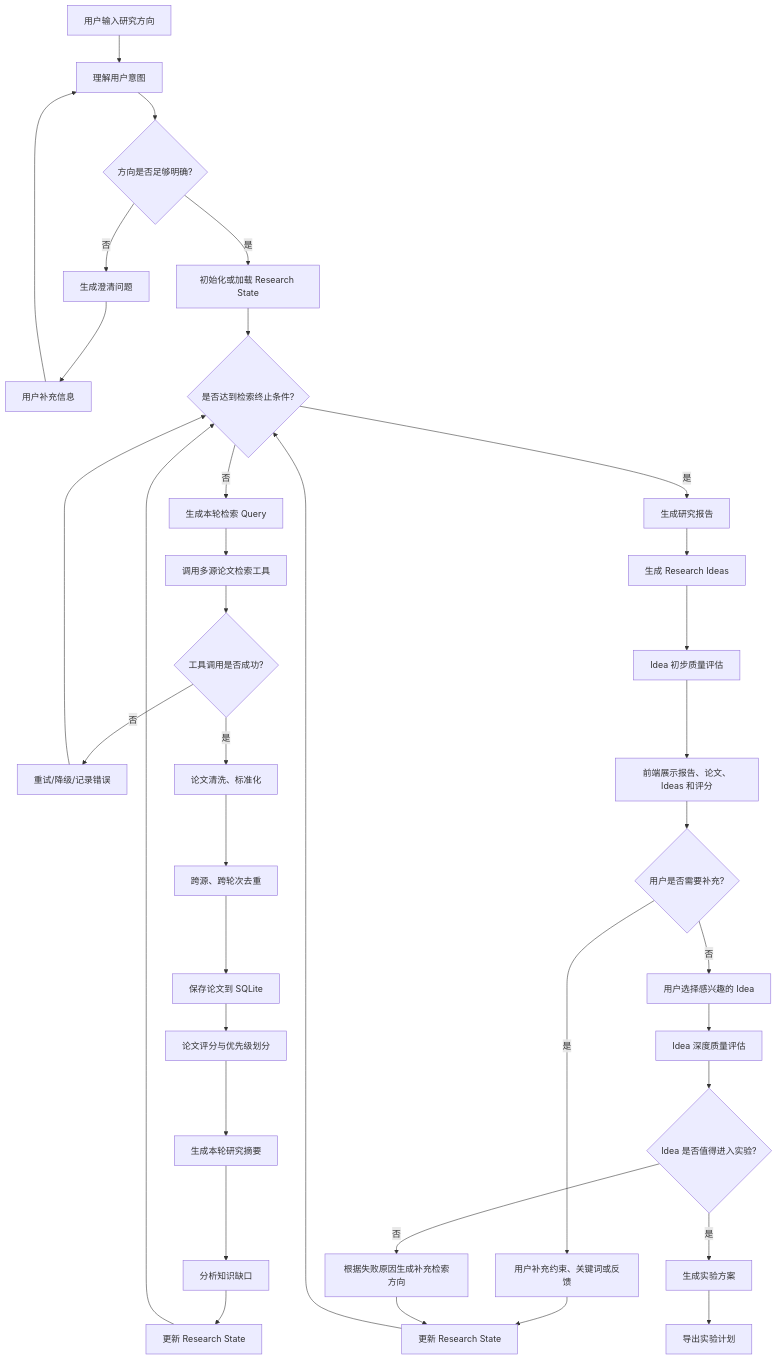
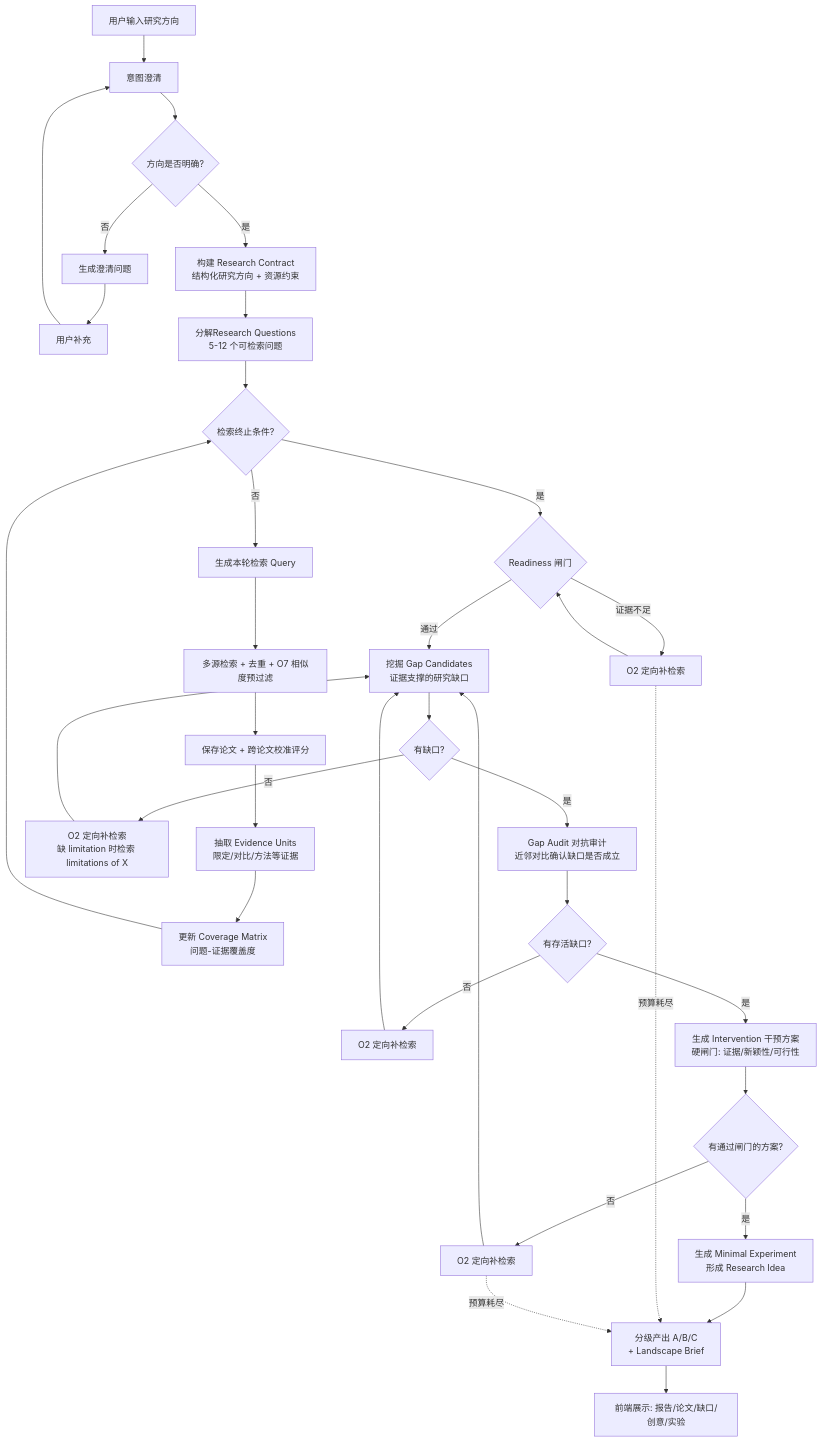
One commit to ShiboZhang-zju/deep-reseach changed the diagram in README.md. Above: the diagram before and after it, drawn with Mermaid. The commit also changed other lines of this file and 24 other files, not shown here.

````diff
--- a/README.md
+++ b/README.md
@@ -7,50 +9,38 @@
 ```mermaid
 flowchart TD
-    A[用户输入研究方向] --> B[理解用户意图]
-    B --> C{方向是否足够明确?}
+    A[用户输入研究方向] --> B[意图澄清]
+    B --> C{方向是否明确?}
+    C -- 否 --> D[生成澄清问题] --> E[用户补充] --> B
+    C -- 是 --> F[构建 Research Contract<br/>结构化研究方向 + 资源约束]
+    F --> G[分解Research Questions<br/>5-12 个可检索问题]
 
-    C -- 否 --> D[生成澄清问题]
-    D --> E[用户补充信息]
-    E --> B
+    G --> H{检索终止条件?}
+    H -- 否 --> I[生成本轮检索 Query]
+    I --> J[多源检索 + 去重 + O7 相似度预过滤]
+    J --> K[保存论文 + 跨论文校准评分]
+    K --> L[抽取 Evidence Units<br/>限定/对比/方法等证据]
+    L --> M[更新 Coverage Matrix<br/>问题-证据覆盖度]
+    M --> H
 
-    C -- 是 --> F[初始化或加载 Research State]
+    H -- 是 --> N{Readiness 闸门}
+    N -- 通过 --> O[挖掘 Gap Candidates<br/>证据支撑的研究缺口]
+    N -- 证据不足 --> R1[O2 定向补检索] --> N
 
-    F --> G{是否达到检索终止条件?}
+    O --> O1{有缺口?}
+    O1 -- 否 --> R2[O2 定向补检索<br/>缺 limitation 时检索 limitations of X] --> O
+    O1 -- 是 --> P[Gap Audit 对抗审计<br/>近邻对比确认缺口是否成立]
 
-    G -- 否 --> H[生成本轮检索 Query]
-    H --> I[调用多源论文检索工具]
-    I --> I1{工具调用是否成功?}
+    P --> P1{有存活缺口?}
+    P1 -- 否 --> R3[O2 定向补检索] --> O
+    P1 -- 是 --> Q[生成 Intervention 干预方案<br/>硬闸门: 证据/新颖性/可行性]
 
-    I1 -- 否 --> I2[重试/降级/记录错误]
-    I2 --> G
+    Q --> Q1{有通过闸门的方案?}
+    Q1 -- 否 --> R4[O2 定向补检索] --> O
+    Q1 -- 是 --> S[生成 Minimal Experiment<br/>形成 Research Idea]
 
-    I1 -- 是 --> J[论文清洗、标准化]
-    J --> K[跨源、跨轮次去重]
-    K --> L[保存论文到 SQLite]
-    L --> M[论文评分与优先级划分]
-    M --> N[生成本轮研究摘要]
-    N --> O[分析知识缺口]
-    O --> P[更新 Research State]
-    P --> G
+    S --> T[分级产出 A/B/C<br/>+ Landscape Brief]
+    T --> U[前端展示: 报告/论文/缺口/创意/实验]
 
-    G -- 是 --> Q[生成研究报告]
-    Q --> R[生成 Research Ideas]
-    R --> S[Idea 初步质量评估]
-    S --> T[前端展示报告、论文、Ideas 和评分]
-
-    T --> U{用户是否需要补充?}
-
-    U -- 是 --> V[用户补充约束、关键词或反馈]
-    V --> W[更新 Research State]
-    W --> G
-
-    U -- 否 --> X[用户选择感兴趣的 Idea]
-    X --> Y[Idea 深度质量评估]
-    Y --> Z{Idea 是否值得进入实验?}
-
-    Z -- 否 --> AA[根据失败原因生成补充检索方向]
-    AA --> W
-
-    Z -- 是 --> AB[生成实验方案]
-    AB --> AC[导出实验计划]
+    R1 -.预算耗尽.-> T
+    R4 -.预算耗尽.-> T
 ```
````
